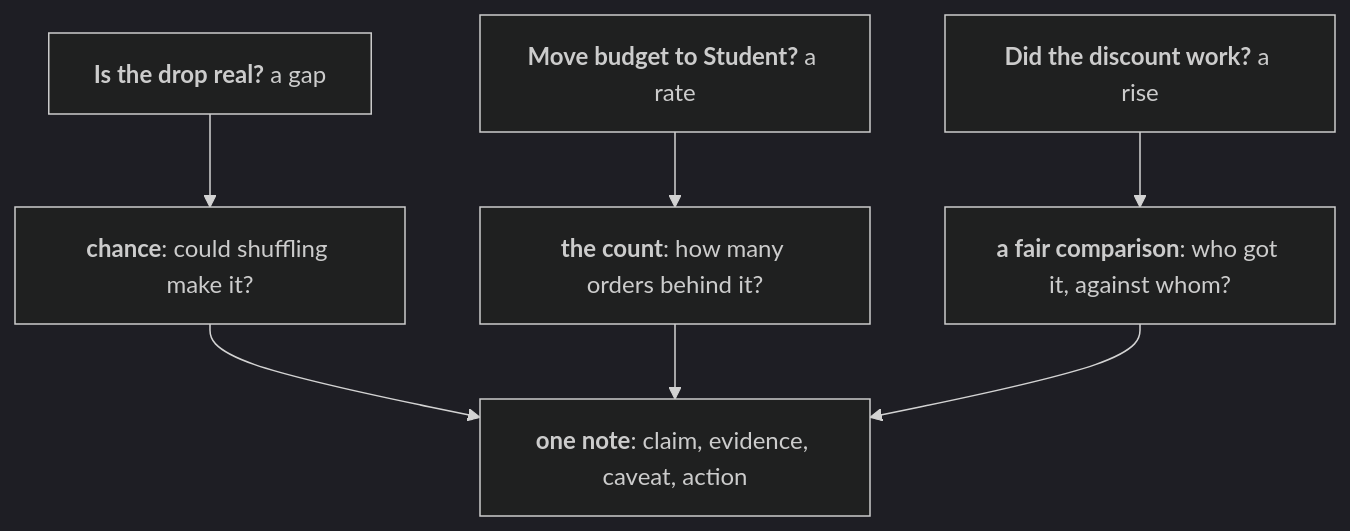
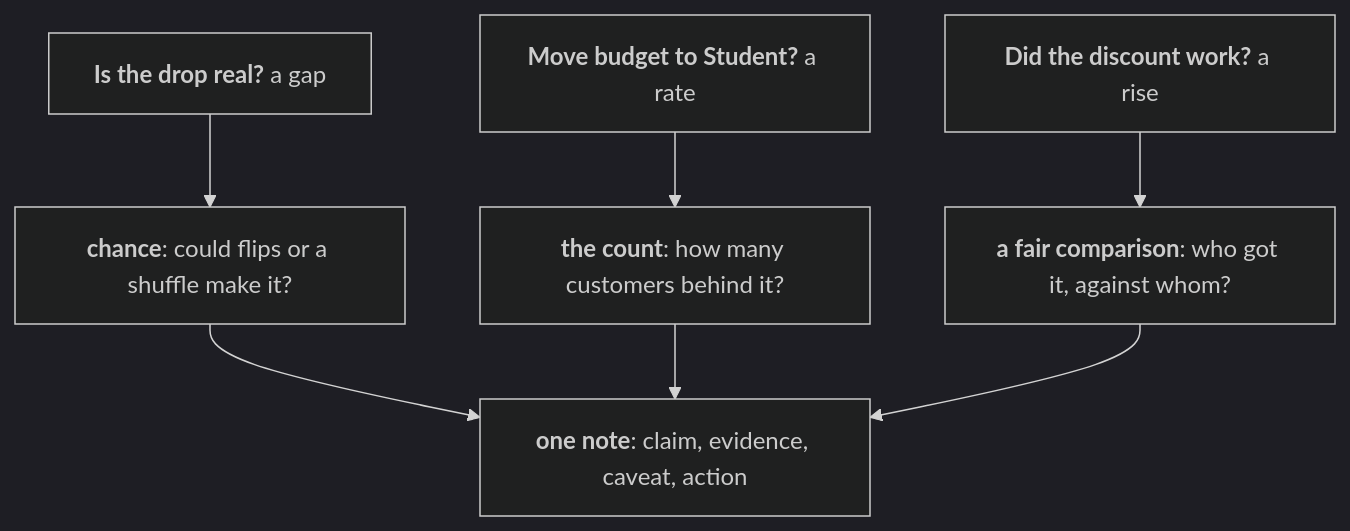
One commit to fde-academy-lab/c2-content-factory changed the diagram in content/W01/D4/cheatsheets/C2_W01_D04_real_or_wobble_STUDENT.md. Above: the diagram before and after it, drawn with Mermaid (dark theme). The commit also changed other lines of this file and 1 other file, not shown here.

First line of the commit message:
W01 D4 cheat sheet: flip or shuffle by design with both directions, routes as taught, no C over F or 1/(1 - d) formulas, crux lines 2 and 3 as on S25, one page

````diff
--- a/content/W01/D4/cheatsheets/C2_W01_D04_real_or_wobble_STUDENT.md
+++ b/content/W01/D4/cheatsheets/C2_W01_D04_real_or_wobble_STUDENT.md
@@ -8,9 +8,9 @@
 ```mermaid
 flowchart TB
-    Q1["<b>Is the drop real?</b> a gap"] --> H1["<b>chance</b>: could shuffling make it?"]
-    Q2["<b>Move budget to Student?</b> a rate"] --> H2["<b>the count</b>: how many orders behind it?"]
+    Q1["<b>Is the drop real?</b> a gap"] --> H1["<b>chance</b>: could flips or a shuffle make it?"]
+    Q2["<b>Move budget to Student?</b> a rate"] --> H2["<b>the count</b>: how many customers behind it?"]
     Q3["<b>Did the discount work?</b> a rise"] --> H3["<b>a fair comparison</b>: who got it, against whom?"]
     H1 --> N["<b>one note</b>: claim, evidence, caveat, action"]
     H2 --> N
     H3 --> N
 ```
````
